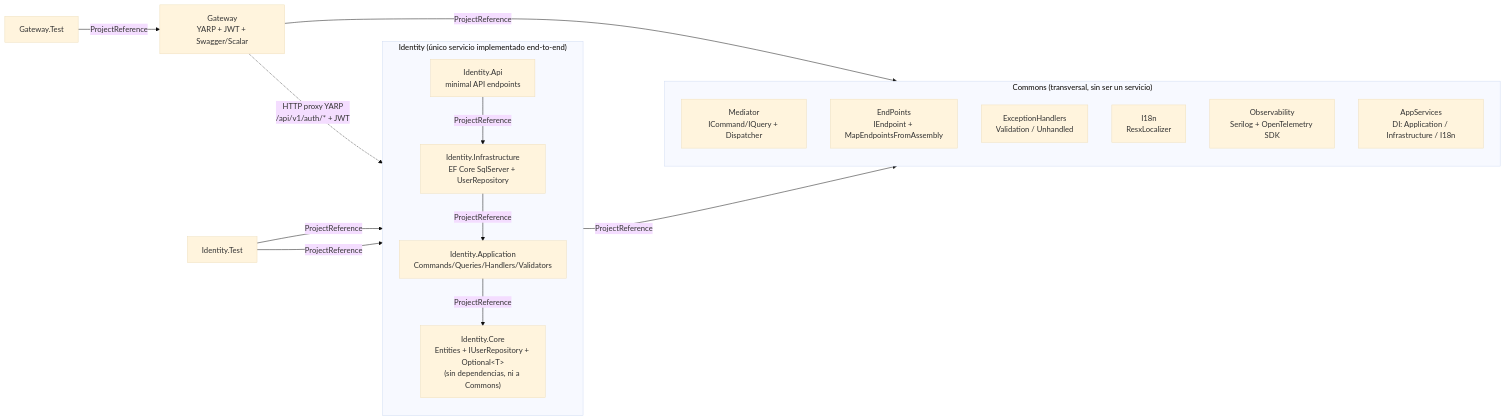
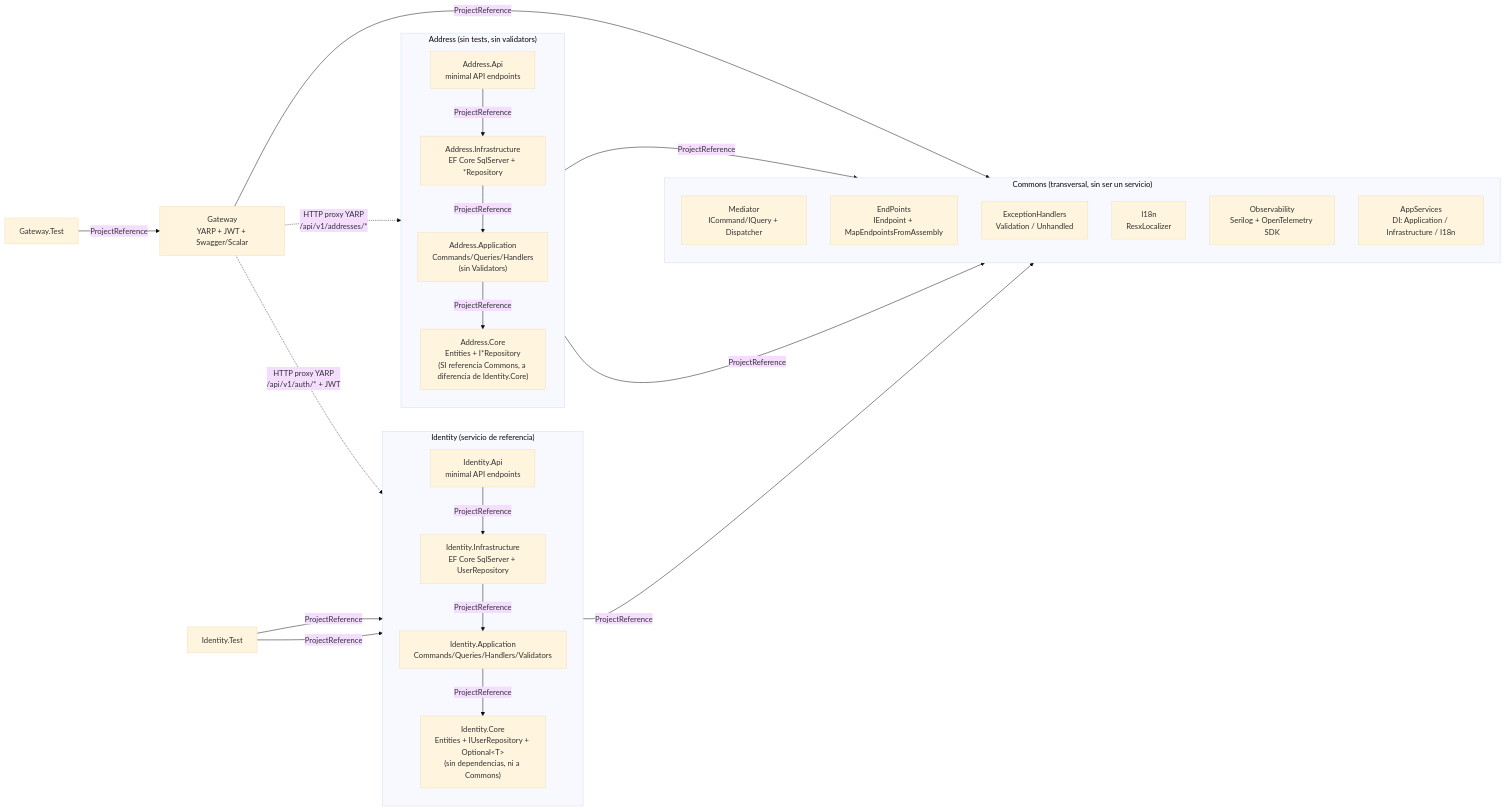
The first of 2 diagrams in .claude/CLAUDE.md (BayonaDevelop/NetErp), drawn with Mermaid (base theme) before and after one commit. The commit also changed other lines of this file and 10 other files, not shown here.

````diff
--- a/.claude/CLAUDE.md
+++ b/.claude/CLAUDE.md
@@ -37,36 +48,51 @@
 ```mermaid
 graph LR
   subgraph Commons["Commons (transversal, sin ser un servicio)"]
     direction TB
     Mediator["Mediator<br/>ICommand/IQuery + Dispatcher"]
     EndPoints["EndPoints<br/>IEndpoint + MapEndpointsFromAssembly"]
     ExcHandlers["ExceptionHandlers<br/>Validation / Unhandled"]
     I18n["I18n<br/>ResxLocalizer"]
     Observability["Observability<br/>Serilog + OpenTelemetry SDK"]
     AppServices["AppServices<br/>DI: Application / Infrastructure / I18n"]
   end
 
   GwApi["Gateway<br/>YARP + JWT + Swagger/Scalar"]
   GwTest["Gateway.Test"]
 
-  subgraph IdentitySvc["Identity (único servicio implementado end-to-end)"]
+  subgraph IdentitySvc["Identity (servicio de referencia)"]
     direction TB
     IdApi["Identity.Api<br/>minimal API endpoints"]
     IdApp["Identity.Application<br/>Commands/Queries/Handlers/Validators"]
     IdCore["Identity.Core<br/>Entities + IUserRepository + Optional&lt;T&gt;<br/>(sin dependencias, ni a Commons)"]
     IdInfra["Identity.Infrastructure<br/>EF Core SqlServer + UserRepository"]
   end
   IdTest["Identity.Test"]
+
+  subgraph AddressSvc["Address (sin tests, sin validators)"]
+    direction TB
+    AddrApi["Address.Api<br/>minimal API endpoints"]
+    AddrApp["Address.Application<br/>Commands/Queries/Handlers<br/>(sin Validators)"]
+    AddrCore["Address.Core<br/>Entities + I*Repository<br/>(SI referencia Commons, a diferencia de Identity.Core)"]
+    AddrInfra["Address.Infrastructure<br/>EF Core SqlServer + *Repository"]
+  end
 
   GwApi -->|ProjectReference| Commons
   GwTest -->|ProjectReference| GwApi
 
   IdApi -->|ProjectReference| IdInfra
   IdInfra -->|ProjectReference| IdApp
   IdApp -->|ProjectReference| IdCore
   IdApp -->|ProjectReference| Commons
   IdTest -->|ProjectReference| IdApi
   IdTest -->|ProjectReference| IdInfra
 
+  AddrApi -->|ProjectReference| AddrInfra
+  AddrInfra -->|ProjectReference| AddrApp
+  AddrApp -->|ProjectReference| AddrCore
+  AddrApp -->|ProjectReference| Commons
+  AddrCore -->|ProjectReference| Commons
+
   GwApi -.->|"HTTP proxy YARP<br/>/api/v1/auth/* + JWT"| IdApi
+  GwApi -.->|"HTTP proxy YARP<br/>/api/v1/addresses/*"| AddrApi
 ```
````
